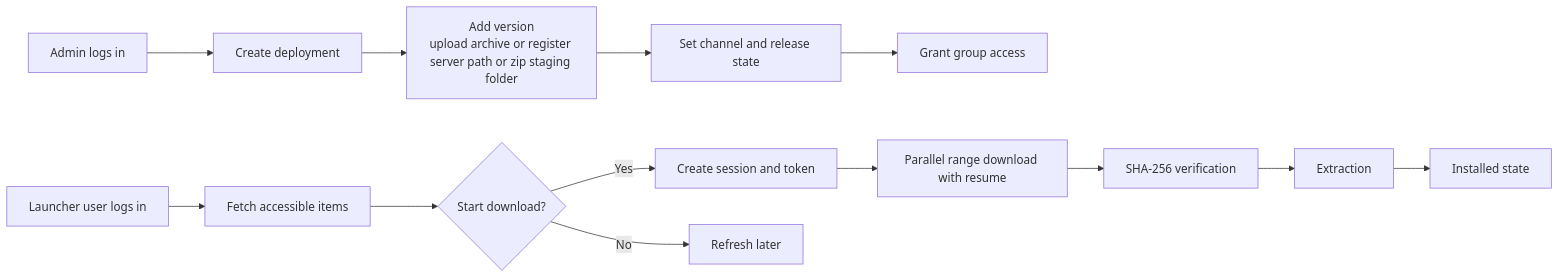
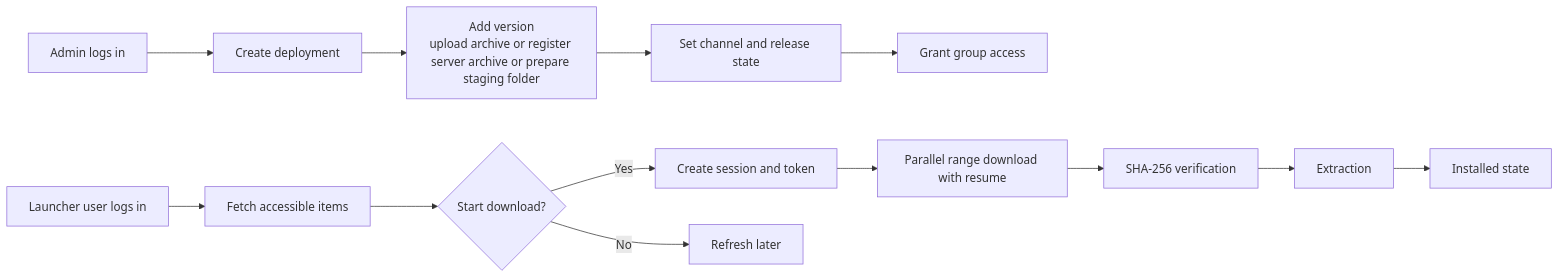
One commit to nsmony/VIZZIO_Deployment_Platform changed the second of 5 diagrams in docs/diagrams.md. Above: the diagram before and after it, drawn with Mermaid. The commit also changed 58 other files, not shown here.

````diff
--- a/docs/diagrams.md
+++ b/docs/diagrams.md
@@ -20,16 +20,16 @@
 ```mermaid
 flowchart LR
     A1[Admin logs in] --> A2[Create deployment]
-    A2 --> A3[Add version\nupload archive or register server path or zip staging folder]
+    A2 --> A3[Add version\nupload archive or register server archive or prepare staging folder]
     A3 --> A4[Set channel and release state]
     A4 --> A5[Grant group access]
 
     U1[Launcher user logs in] --> U2[Fetch accessible items]
     U2 --> U3{Start download?}
     U3 -->|Yes| U4[Create session and token]
     U4 --> U5[Parallel range download with resume]
     U5 --> U6[SHA-256 verification]
     U6 --> U7[Extraction]
     U7 --> U8[Installed state]
     U3 -->|No| U9[Refresh later]
 ```
````
